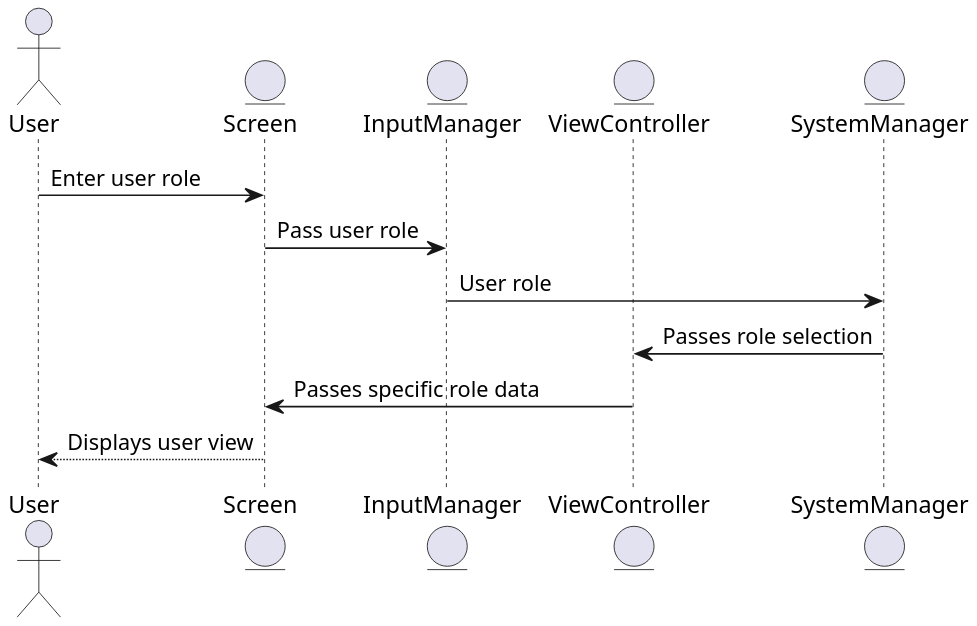
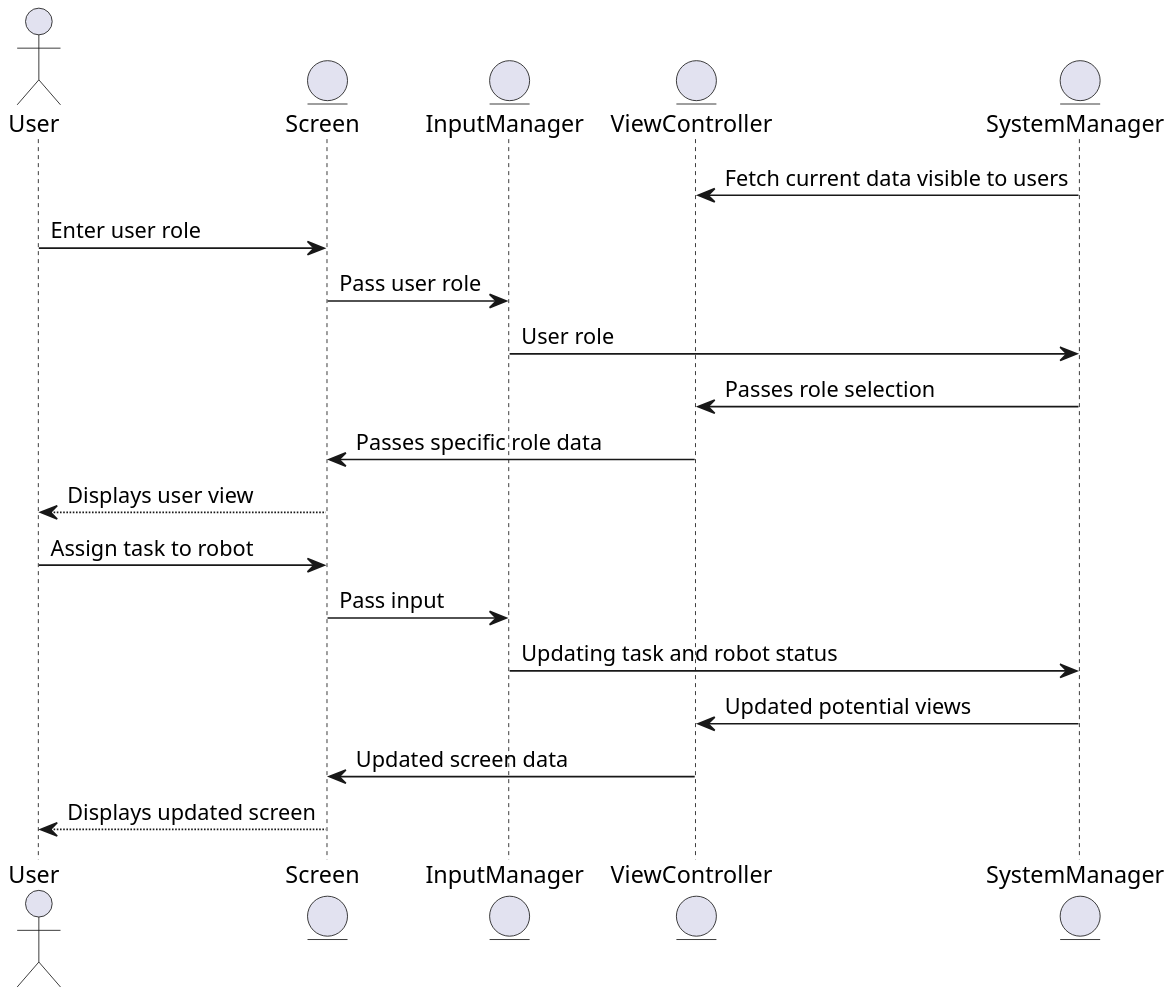
The diagram in docs/design/Sequence Diagrams/UI Sequence Diagrams/assign_tasks.puml (ur-swe-fa24/main-project-scrum-heads), drawn with PlantUML before and after one commit. The commit also changed 6 other files, not shown here.

```diff
--- a/docs/design/Sequence Diagrams/UI Sequence Diagrams/assign_tasks.puml
+++ b/docs/design/Sequence Diagrams/UI Sequence Diagrams/assign_tasks.puml
@@ -1,20 +1,31 @@
 @startuml AssignTasksSD
 skinparam dpi 200
 skinparam DefaultFontName Inconsolata
 
 ' Defines all participants (actors and entities)
 actor User
 entity Screen
 entity InputManager
 entity ViewController
 entity SystemManager
 
 ' Sequence flow of user selecting role and getting specific display
+SystemManager -> ViewController : Fetch current data visible to users
 User -> Screen : Enter user role
 Screen -> InputManager : Pass user role
 InputManager -> SystemManager : User role
 SystemManager -> ViewController : Passes role selection
 ViewController -> Screen : Passes specific role data
 Screen --> User : Displays user view
 
+' Sequence flow for assigning cleaning tasks
+' Note: not all users would be able to accomplish this
+' because the screen simply wouldn't display the option
+User -> Screen : Assign task to robot
+Screen -> InputManager : Pass input
+InputManager -> SystemManager : Updating task and robot status
+SystemManager -> ViewController : Updated potential views
+ViewController -> Screen : Updated screen data
+Screen --> User : Displays updated screen
+
 @enduml
```
